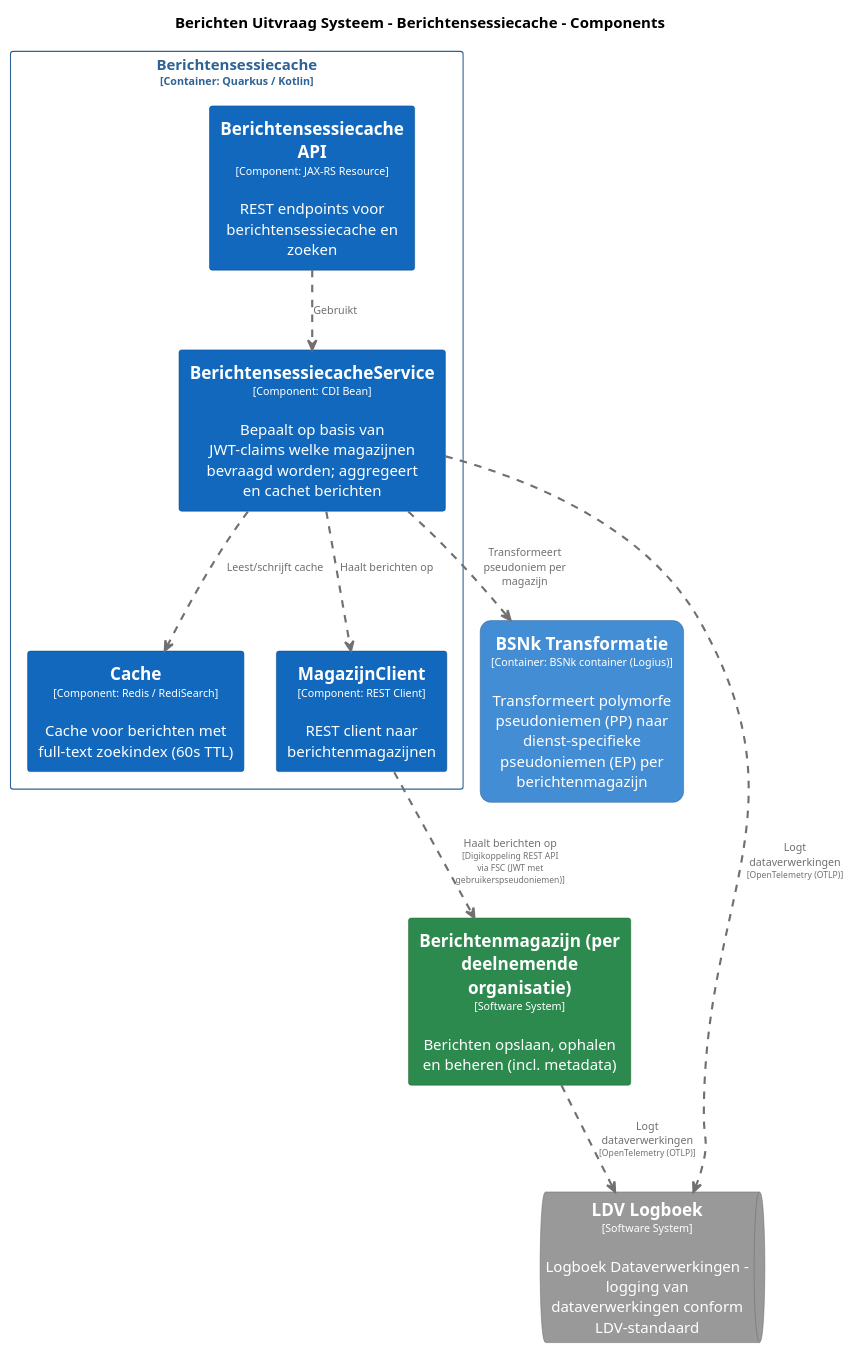
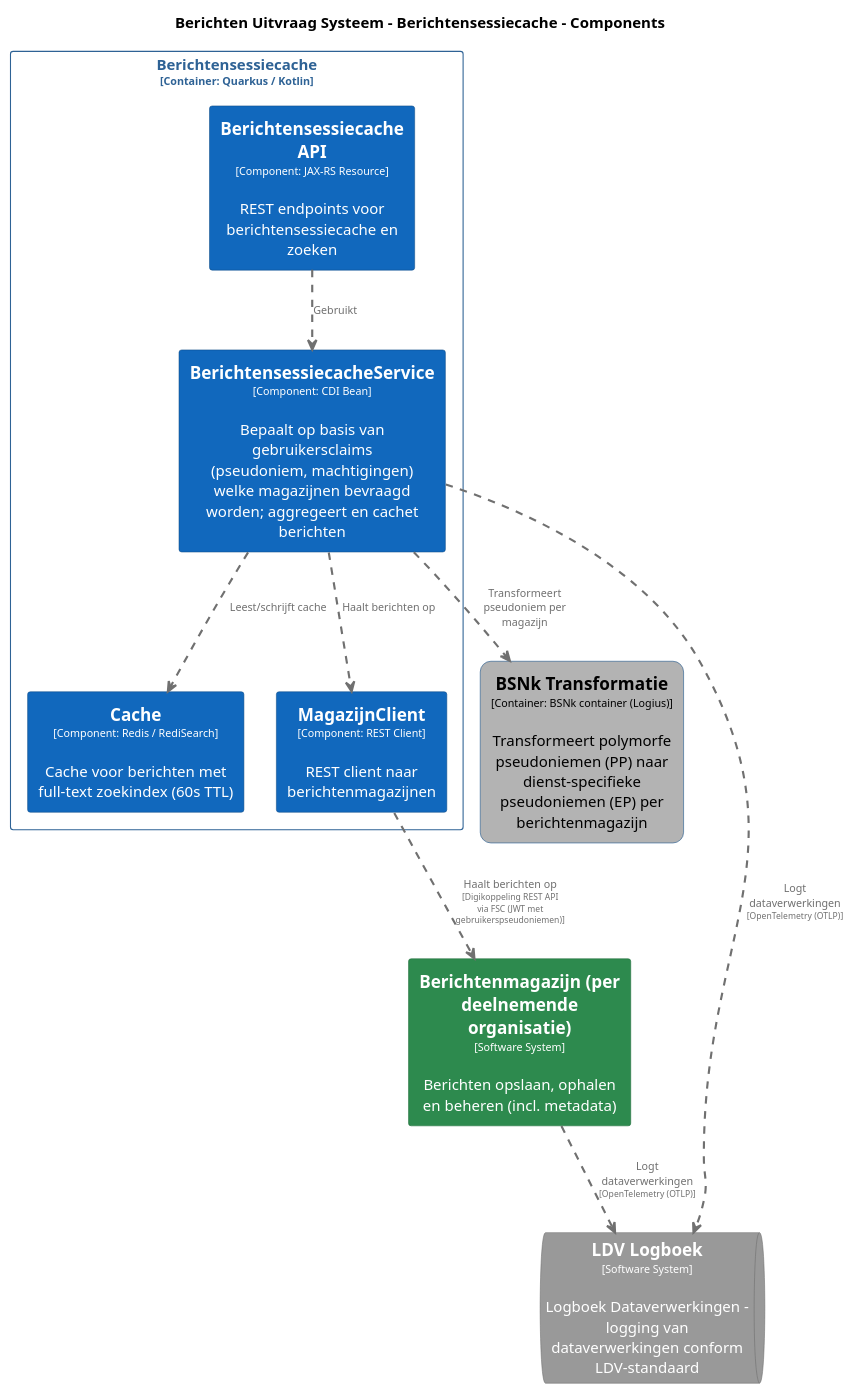
The diagram in pr-preview/pr-22/master/puml/BerichtensessiecacheComponenten.puml (MinBZK/moza-poc-fbs-berichtenbox), drawn with PlantUML before and after one commit. The commit also changed 17 other files, not shown here.

```diff
--- a/pr-preview/pr-22/master/puml/BerichtensessiecacheComponenten.puml
+++ b/pr-preview/pr-22/master/puml/BerichtensessiecacheComponenten.puml
@@ -1,85 +1,85 @@
 @startuml
 set separator none
 title Berichten Uitvraag Systeem - Berichtensessiecache - Components
 
 top to bottom direction
 skinparam ranksep 60
 skinparam nodesep 30
 
 skinparam {
   arrowFontSize 10
   defaultTextAlignment center
   wrapWidth 200
   maxMessageSize 100
 }
 
 hide stereotype
 
 skinparam rectangle<<BerichtenUitvraagSysteem.BSNkTransformatie>> {
-  BackgroundColor #438dd5
-  FontColor #ffffff
-  BorderColor #2e6295
+  BackgroundColor #b3b3b3
+  FontColor #000000
+  BorderColor #0b4884
   roundCorner 20
   shadowing false
 }
 skinparam rectangle<<Berichtenmagazijnperdeelnemendeorganisatie>> {
   BackgroundColor #2d8a4e
   FontColor #ffffff
   BorderColor #1e6b38
   shadowing false
 }
 skinparam rectangle<<BerichtenUitvraagSysteem.Berichtensessiecache.BerichtensessiecacheAPI>> {
   BackgroundColor #1168bd
   FontColor #ffffff
   BorderColor #0b4884
   shadowing false
 }
 skinparam rectangle<<BerichtenUitvraagSysteem.Berichtensessiecache.BerichtensessiecacheService>> {
   BackgroundColor #1168bd
   FontColor #ffffff
   BorderColor #0b4884
   shadowing false
 }
 skinparam rectangle<<BerichtenUitvraagSysteem.Berichtensessiecache.Cache>> {
   BackgroundColor #1168bd
   FontColor #ffffff
   BorderColor #0b4884
   shadowing false
 }
 skinparam queue<<LDVLogboek>> {
   BackgroundColor #999999
   FontColor #ffffff
   BorderColor #6b6b6b
   shadowing false
 }
 skinparam rectangle<<BerichtenUitvraagSysteem.Berichtensessiecache.MagazijnClient>> {
   BackgroundColor #1168bd
   FontColor #ffffff
   BorderColor #0b4884
   shadowing false
 }
 skinparam rectangle<<BerichtenUitvraagSysteem.Berichtensessiecache>> {
   BorderColor #2e6295
   FontColor #2e6295
   shadowing false
 }
 
 rectangle "==Berichtenmagazijn (per deelnemende organisatie)\n<size:10>[Software System]</size>\n\nBerichten opslaan, ophalen en beheren (incl. metadata)" <<Berichtenmagazijnperdeelnemendeorganisatie>> as Berichtenmagazijnperdeelnemendeorganisatie
 rectangle "==BSNk Transformatie\n<size:10>[Container: BSNk container (Logius)]</size>\n\nTransformeert polymorfe pseudoniemen (PP) naar dienst-specifieke pseudoniemen (EP) per berichtenmagazijn" <<BerichtenUitvraagSysteem.BSNkTransformatie>> as BerichtenUitvraagSysteem.BSNkTransformatie
 queue "==LDV Logboek\n<size:10>[Software System]</size>\n\nLogboek Dataverwerkingen - logging van dataverwerkingen conform LDV-standaard" <<LDVLogboek>> as LDVLogboek
 
 rectangle "Berichtensessiecache\n<size:10>[Container: Quarkus / Kotlin]</size>" <<BerichtenUitvraagSysteem.Berichtensessiecache>> {
   rectangle "==Berichtensessiecache API\n<size:10>[Component: JAX-RS Resource]</size>\n\nREST endpoints voor berichtensessiecache en zoeken" <<BerichtenUitvraagSysteem.Berichtensessiecache.BerichtensessiecacheAPI>> as BerichtenUitvraagSysteem.Berichtensessiecache.BerichtensessiecacheAPI
-  rectangle "==BerichtensessiecacheService\n<size:10>[Component: CDI Bean]</size>\n\nBepaalt op basis van JWT-claims welke magazijnen bevraagd worden; aggregeert en cachet berichten" <<BerichtenUitvraagSysteem.Berichtensessiecache.BerichtensessiecacheService>> as BerichtenUitvraagSysteem.Berichtensessiecache.BerichtensessiecacheService
+  rectangle "==BerichtensessiecacheService\n<size:10>[Component: CDI Bean]</size>\n\nBepaalt op basis van gebruikersclaims (pseudoniem, machtigingen) welke magazijnen bevraagd worden; aggregeert en cachet berichten" <<BerichtenUitvraagSysteem.Berichtensessiecache.BerichtensessiecacheService>> as BerichtenUitvraagSysteem.Berichtensessiecache.BerichtensessiecacheService
   rectangle "==Cache\n<size:10>[Component: Redis / RediSearch]</size>\n\nCache voor berichten met full-text zoekindex (60s TTL)" <<BerichtenUitvraagSysteem.Berichtensessiecache.Cache>> as BerichtenUitvraagSysteem.Berichtensessiecache.Cache
   rectangle "==MagazijnClient\n<size:10>[Component: REST Client]</size>\n\nREST client naar berichtenmagazijnen" <<BerichtenUitvraagSysteem.Berichtensessiecache.MagazijnClient>> as BerichtenUitvraagSysteem.Berichtensessiecache.MagazijnClient
 }
 
 Berichtenmagazijnperdeelnemendeorganisatie .[#707070,thickness=2].> LDVLogboek : "<color:#707070>Logt dataverwerkingen\n<color:#707070><size:8>[OpenTelemetry (OTLP)]</size>"
 BerichtenUitvraagSysteem.Berichtensessiecache.BerichtensessiecacheService .[#707070,thickness=2].> LDVLogboek : "<color:#707070>Logt dataverwerkingen\n<color:#707070><size:8>[OpenTelemetry (OTLP)]</size>"
 BerichtenUitvraagSysteem.Berichtensessiecache.BerichtensessiecacheAPI .[#707070,thickness=2].> BerichtenUitvraagSysteem.Berichtensessiecache.BerichtensessiecacheService : "<color:#707070>Gebruikt"
 BerichtenUitvraagSysteem.Berichtensessiecache.BerichtensessiecacheService .[#707070,thickness=2].> BerichtenUitvraagSysteem.Berichtensessiecache.Cache : "<color:#707070>Leest/schrijft cache"
 BerichtenUitvraagSysteem.Berichtensessiecache.BerichtensessiecacheService .[#707070,thickness=2].> BerichtenUitvraagSysteem.Berichtensessiecache.MagazijnClient : "<color:#707070>Haalt berichten op"
 BerichtenUitvraagSysteem.Berichtensessiecache.BerichtensessiecacheService .[#707070,thickness=2].> BerichtenUitvraagSysteem.BSNkTransformatie : "<color:#707070>Transformeert pseudoniem per magazijn"
 BerichtenUitvraagSysteem.Berichtensessiecache.MagazijnClient .[#707070,thickness=2].> Berichtenmagazijnperdeelnemendeorganisatie : "<color:#707070>Haalt berichten op\n<color:#707070><size:8>[Digikoppeling REST API via FSC (JWT met gebruikerspseudoniemen)]</size>"
 @enduml
```
